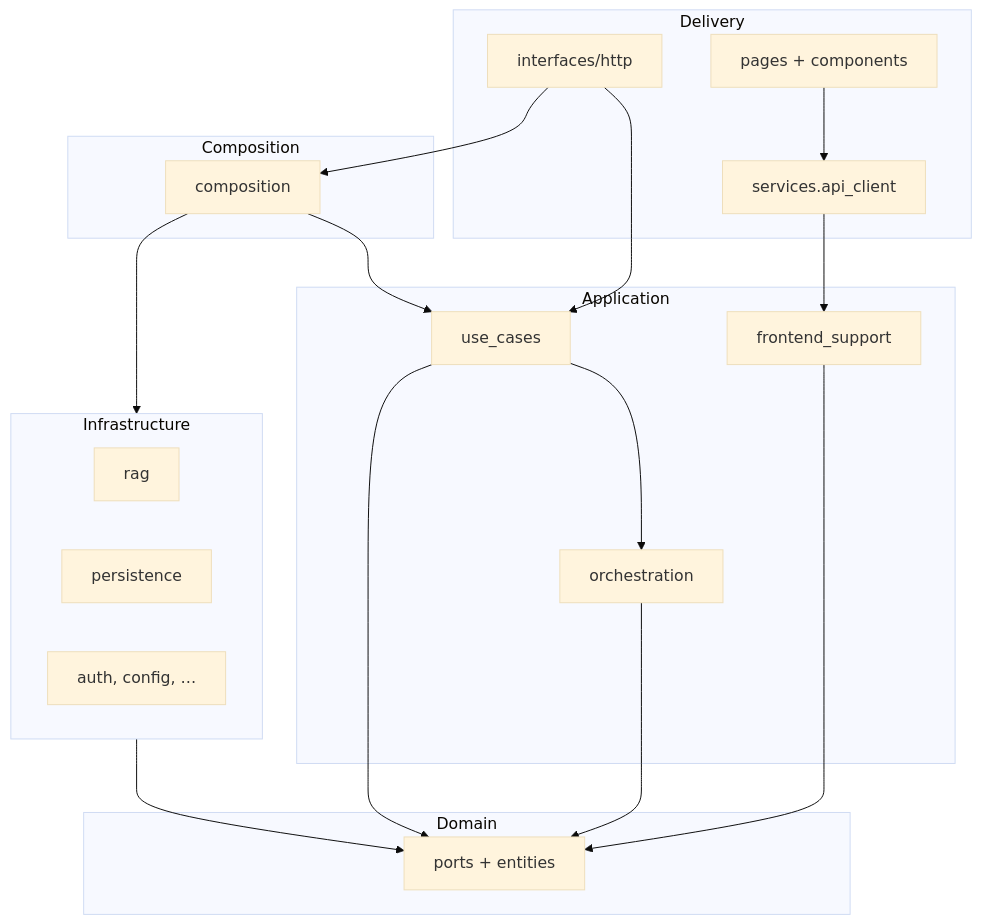
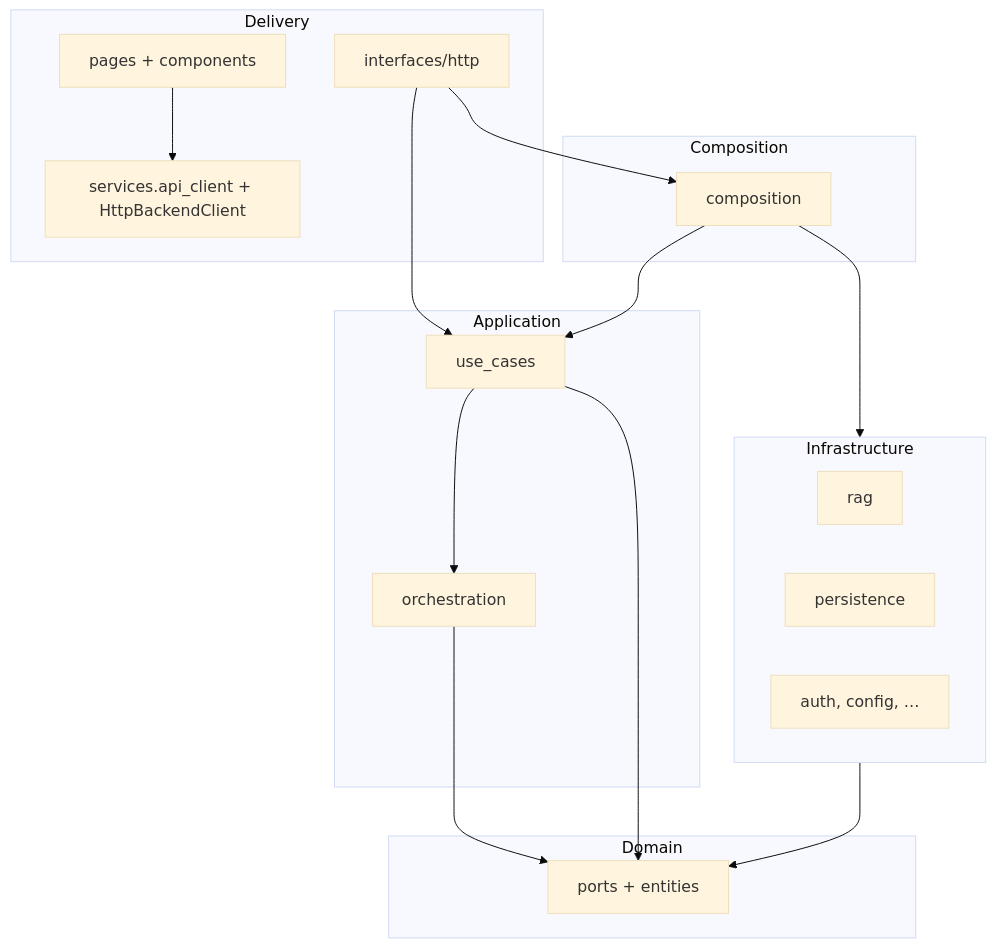
The diagram in docs/architecture.md (amosbangmo/ragcraft), drawn with Mermaid (base theme) before and after one commit. The commit also changed other lines of this file and 22 other files, not shown here.

First line of the commit message:
refactor: make frontend-backend integration officially HTTP-only and remove hybrid transport contradictions

````diff
--- a/docs/architecture.md
+++ b/docs/architecture.md
@@ -107,35 +107,32 @@
 ```mermaid
 flowchart TB
   subgraph delivery["Delivery"]
     HTTP["interfaces/http"]
-    AC["services.api_client"]
+    AC["services.api_client + HttpBackendClient"]
     UI["pages + components"]
   end
   subgraph comp["Composition"]
     COMP["composition"]
   end
   subgraph app["Application"]
     UC["use_cases"]
     ORCH["orchestration"]
-    FS["frontend_support"]
   end
   subgraph dom["Domain"]
     PORTS["ports + entities"]
   end
   subgraph infra["Infrastructure"]
     RAG["rag"]
     PERS["persistence"]
     OTHER["auth, config, …"]
   end
   HTTP --> UC
   HTTP --> COMP
-  AC --> FS
   UI --> AC
   COMP --> UC
   COMP --> infra
   UC --> ORCH
   ORCH --> PORTS
   UC --> PORTS
   infra --> PORTS
-  FS --> PORTS
 ```
````
